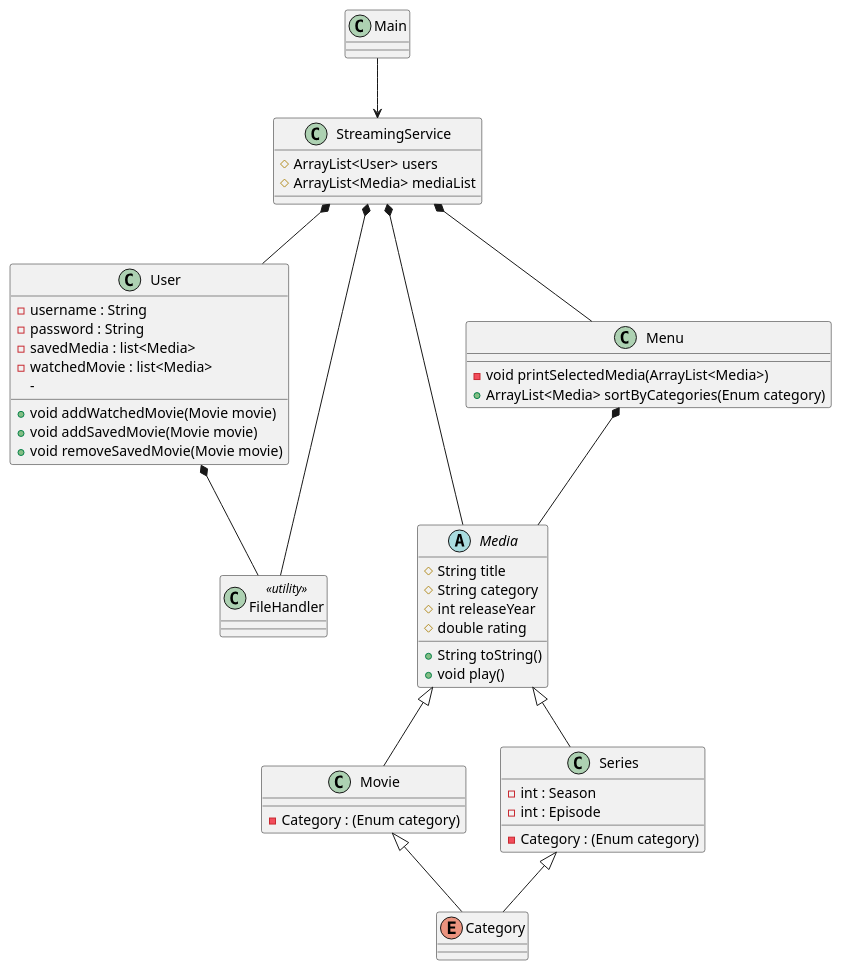
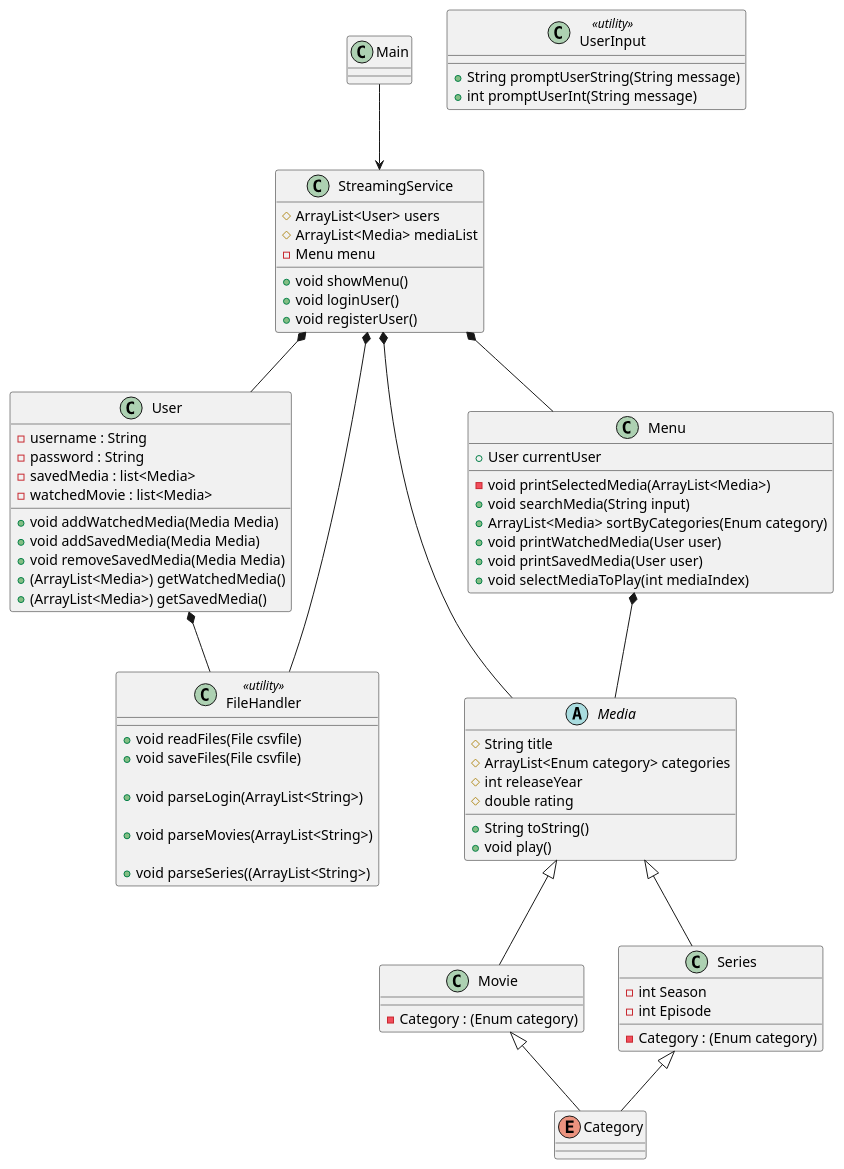
The diagram in UML DIagram/classDiagram.puml (Max-Rasmussen/SP3-StreamingService), drawn with PlantUML before and after one commit.

Commit message:
updated classDiagram

```diff
--- a/UML DIagram/classDiagram.puml
+++ b/UML DIagram/classDiagram.puml
@@ -1,80 +1,120 @@
 @startuml
 'https://plantuml.com/sequence-diagram
+
+
+
+
+'==Variabler og methods===
 
 class User{
 - username : String
 - password : String
 - savedMedia : list<Media>
 - watchedMovie : list<Media>
--
 
-+ void addWatchedMovie(Movie movie)
-+ void addSavedMovie(Movie movie)
-+ void removeSavedMovie(Movie movie)
+
++ void addWatchedMedia(Media Media)
++ void addSavedMedia(Media Media)
++ void removeSavedMedia(Media Media)
++ (ArrayList<Media>) getWatchedMedia()
++ (ArrayList<Media>) getSavedMedia()
 
 }
 
-
-
 abstract class Media{
 # String title
-# String category
+# ArrayList<Enum category> categories
 # int releaseYear
 # double rating
-
-
 
 + String toString()
 + void play()
 
 
 }
 
 class Main
 
 class Movie{
+
 -Category : (Enum category)
 }
 
 class Series{
--int : Season
--int : Episode
+-int Season
+-int Episode
 -Category : (Enum category)
 }
 
 
 enum Category
 class StreamingService{
 # ArrayList<User> users
 # ArrayList<Media> mediaList
+- Menu menu
+
++ void showMenu()
++ void loginUser()
++ void registerUser()
+
 
 }
-class FileHandler <<utility>>
-class Menu{
-- void printSelectedMedia(ArrayList<Media>)
-+ ArrayList<Media> sortByCategories(Enum category)
+class FileHandler <<utility>> {
+
++ void readFiles(File csvfile)
++ void saveFiles(File csvfile)
+
++ void parseLogin(ArrayList<String>)
+
++ void parseMovies(ArrayList<String>)
+
++ void parseSeries((ArrayList<String>)
+
 
 }
+
+
+class UserInput <<utility>>{
+
+
++String promptUserString(String message)
++int promptUserInt(String message)
+
+}
+class Menu{
++User currentUser
+
+- void printSelectedMedia(ArrayList<Media>)
++ void searchMedia(String input)
++ ArrayList<Media> sortByCategories(Enum category)
++ void printWatchedMedia(User user)
++ void printSavedMedia(User user)
++ void selectMediaToPlay(int mediaIndex)
+
+}
+
+
+'==ARV===
 
 User *-- FileHandler
 StreamingService *-- FileHandler
 
 Menu *-- Media
 
 Main --> StreamingService
 
 StreamingService *-- Media
 StreamingService *-- Menu
 StreamingService *-- User
 
 
 Media <|-- Movie
 Media <|-- Series
 
 
 Movie <|-- Category
 Series <|-- Category
 
 
 
 @enduml
```
